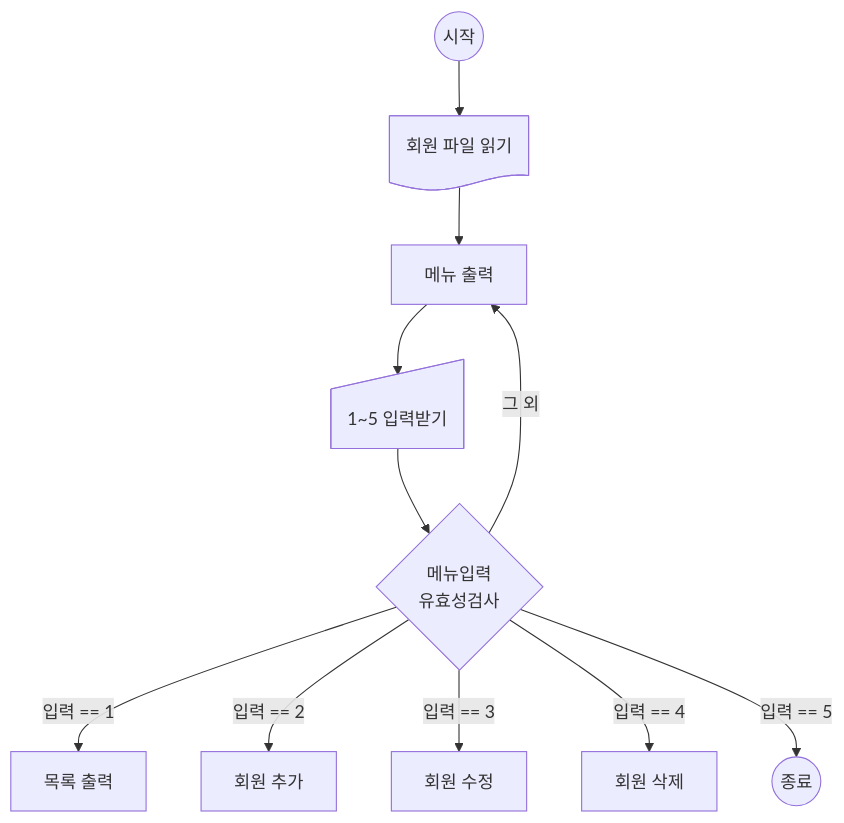
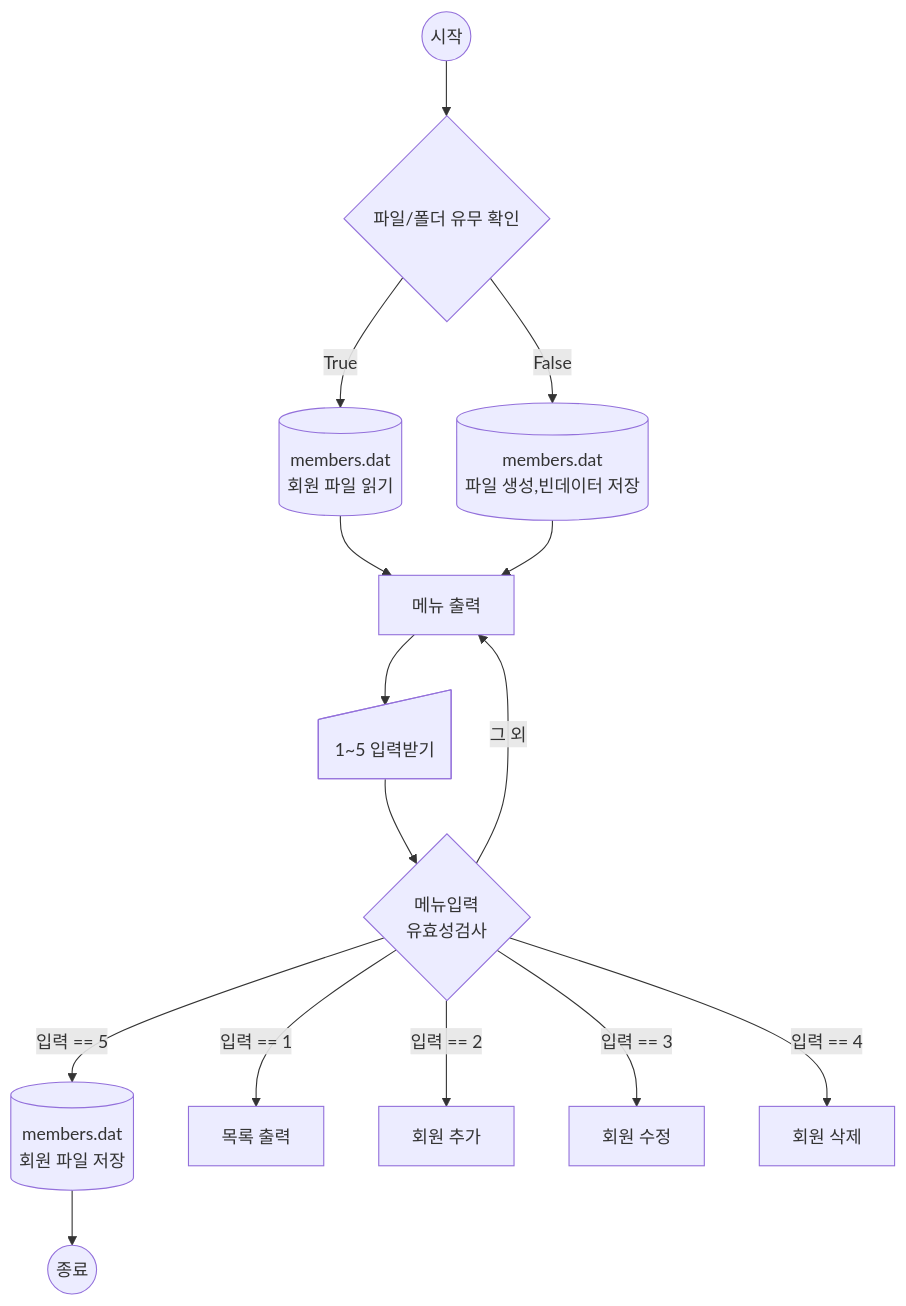
The diagram in docs/flowchart_IMH/start.md (Happy-o3ov/big20-python-project1-team3), drawn with Mermaid before and after one commit. The commit also changed 4 other files, not shown here.

````diff
--- a/docs/flowchart_IMH/start.md
+++ b/docs/flowchart_IMH/start.md
@@ -1,23 +1,30 @@
 ```mermaid
 flowchart TD
     start((시작))
-    binary_file@{ shape: doc, label: "회원 파일 읽기" }
+    read_binary_file@{ shape: database, label: "members.dat<br>회원 파일 읽기" }
+    create_binary_file@{ shape: database, label: "members.dat<br>파일 생성,빈데이터 저장" }
+    save_binary_file@{ shape: database, label: "members.dat<br>회원 파일 저장" }
+    check_file{파일/폴더 유무 확인}
     menu[메뉴 출력<br/>
             1.목록 출력  2.회원 추가<br/>  
             3.회원 수정  4. 회원 삭제<br/>
             5. 종료]
     input_name@{ shape: manual-input, label: "1~5 입력받기"}
     check_input_menu{메뉴입력<br>유효성검사}
-    start --> binary_file
-    binary_file --> menu
+
+
+    start --> check_file
+    check_file --> |True| read_binary_file --> menu
+    check_file --> |False| create_binary_file --> menu
+    
     menu --> input_name
     input_name --> check_input_menu
 
     check_input_menu -->|입력 == 1| list[목록 출력]
     check_input_menu -->|입력 == 2| add[회원 추가]
     check_input_menu -->|입력 == 3| update[회원 수정]
     check_input_menu -->|입력 == 4| remove[회원 삭제]
-    check_input_menu -->|입력 == 5| finish((종료))
+    check_input_menu -->|입력 == 5| save_binary_file --> finish((종료))
     check_input_menu -->|그 외| menu[메뉴 출력]
     
 ```
````
